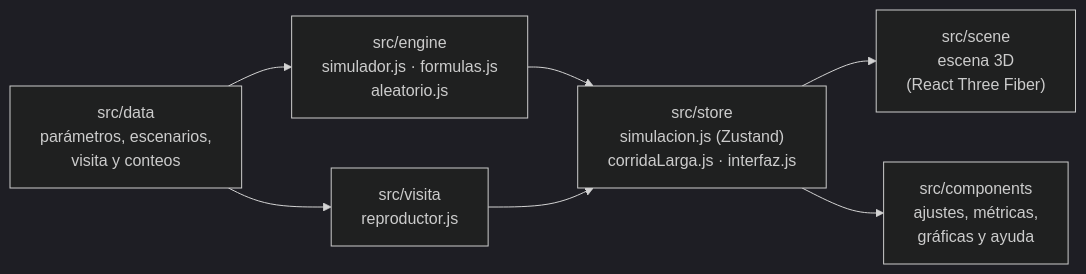
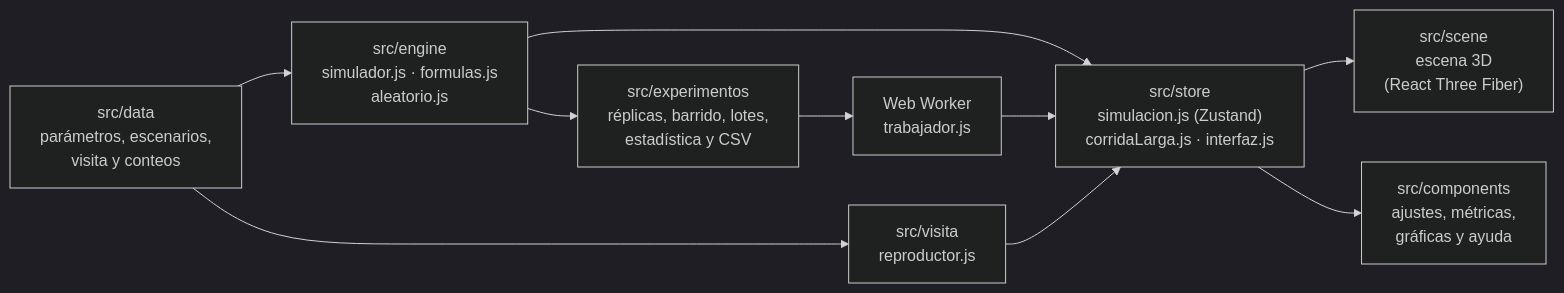
One commit to KeiverJ/gran-colombia-carwash-simulador changed the diagram in README.md. Above: the diagram before and after it, drawn with Mermaid (dark theme). The commit also changed other lines of this file and 55 other files, not shown here.

First line of the commit message:
Experimentos: simulación por lotes con intervalos de confianza, en una vista propia

````diff
--- a/README.md
+++ b/README.md
@@ -299,16 +354,21 @@
 ```mermaid
 flowchart LR
   datos["src/data<br>parámetros, escenarios,<br>visita y conteos"]
   motor["src/engine<br>simulador.js · formulas.js<br>aleatorio.js"]
   visita["src/visita<br>reproductor.js"]
+  experimentos["src/experimentos<br>réplicas, barrido, lotes,<br>estadística y CSV"]
+  trabajador["Web Worker<br>trabajador.js"]
   store["src/store<br>simulacion.js (Zustand)<br>corridaLarga.js · interfaz.js"]
   escena["src/scene<br>escena 3D<br>(React Three Fiber)"]
   interfaz["src/components<br>ajustes, métricas,<br>gráficas y ayuda"]
 
   datos --> motor
   datos --> visita
   motor --> store
+  motor --> experimentos
+  experimentos --> trabajador
+  trabajador --> store
   visita --> store
   store --> escena
   store --> interfaz
 ```
````
